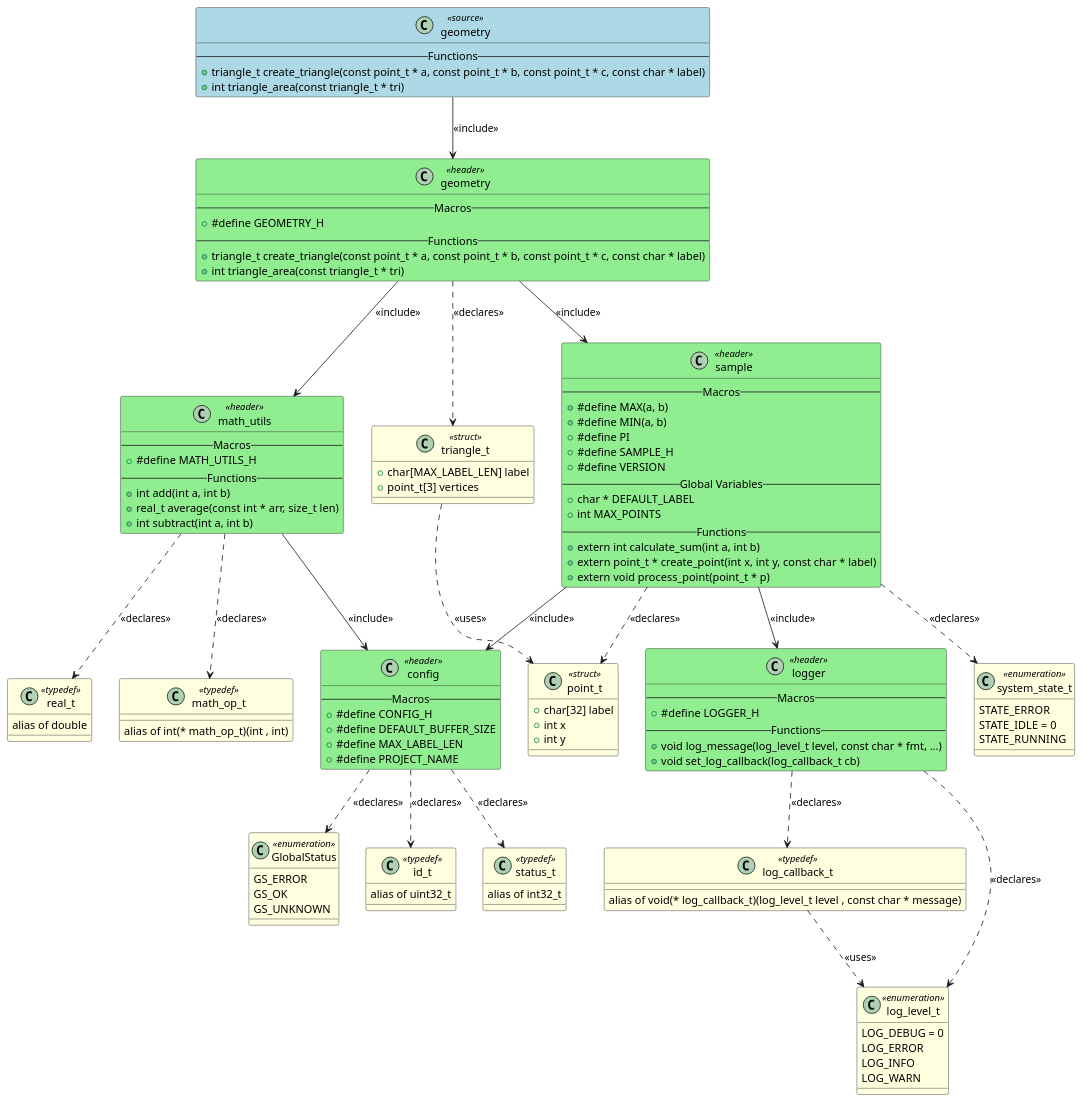
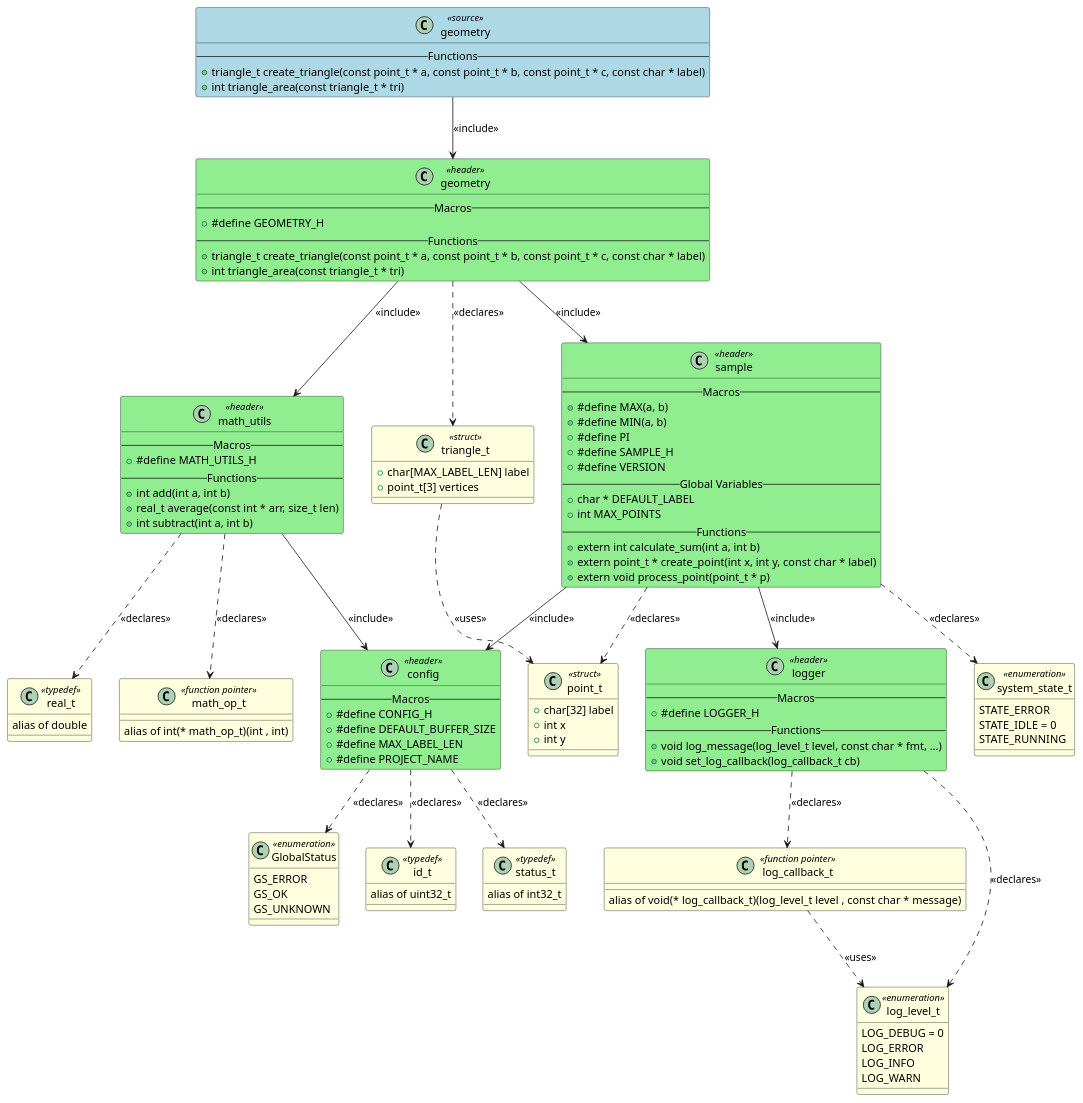
One commit to fischerjooo/c2puml changed the diagram in artifacts/output_example/geometry.puml. Above: the diagram before and after it, drawn with PlantUML. The commit also changed 27 other files, not shown here.

Commit message:
Update function pointer typedefs to use <<function pointer>> stereotype

```diff
--- a/artifacts/output_example/geometry.puml
+++ b/artifacts/output_example/geometry.puml
@@ -1,149 +1,149 @@
 @startuml geometry
 
 class "geometry" as GEOMETRY <<source>> #LightBlue
 {
     -- Functions --
     + triangle_t create_triangle(const point_t * a, const point_t * b, const point_t * c, const char * label)
     + int triangle_area(const triangle_t * tri)
 }
 
 class "config" as HEADER_CONFIG <<header>> #LightGreen
 {
     -- Macros --
     + #define CONFIG_H
     + #define DEFAULT_BUFFER_SIZE
     + #define MAX_LABEL_LEN
     + #define PROJECT_NAME
 }
 
 class "geometry" as HEADER_GEOMETRY <<header>> #LightGreen
 {
     -- Macros --
     + #define GEOMETRY_H
     -- Functions --
     + triangle_t create_triangle(const point_t * a, const point_t * b, const point_t * c, const char * label)
     + int triangle_area(const triangle_t * tri)
 }
 
 class "logger" as HEADER_LOGGER <<header>> #LightGreen
 {
     -- Macros --
     + #define LOGGER_H
     -- Functions --
     + void log_message(log_level_t level, const char * fmt, ...)
     + void set_log_callback(log_callback_t cb)
 }
 
 class "math_utils" as HEADER_MATH_UTILS <<header>> #LightGreen
 {
     -- Macros --
     + #define MATH_UTILS_H
     -- Functions --
     + int add(int a, int b)
     + real_t average(const int * arr, size_t len)
     + int subtract(int a, int b)
 }
 
 class "sample" as HEADER_SAMPLE <<header>> #LightGreen
 {
     -- Macros --
     + #define MAX(a, b)
     + #define MIN(a, b)
     + #define PI
     + #define SAMPLE_H
     + #define VERSION
     -- Global Variables --
     + char * DEFAULT_LABEL
     + int MAX_POINTS
     -- Functions --
     + extern int calculate_sum(int a, int b)
     + extern point_t * create_point(int x, int y, const char * label)
     + extern void process_point(point_t * p)
 }
 
 class "GlobalStatus" as TYPEDEF_GLOBALSTATUS <<enumeration>> #LightYellow
 {
     GS_ERROR
     GS_OK
     GS_UNKNOWN
 }
 
 class "id_t" as TYPEDEF_ID_T <<typedef>> #LightYellow
 {
     alias of uint32_t
 }
 
 class "status_t" as TYPEDEF_STATUS_T <<typedef>> #LightYellow
 {
     alias of int32_t
 }
 
 class "triangle_t" as TYPEDEF_TRIANGLE_T <<struct>> #LightYellow
 {
     + char[MAX_LABEL_LEN] label
     + point_t[3] vertices
 }
 
 class "log_level_t" as TYPEDEF_LOG_LEVEL_T <<enumeration>> #LightYellow
 {
     LOG_DEBUG = 0
     LOG_ERROR
     LOG_INFO
     LOG_WARN
 }
 
-class "log_callback_t" as TYPEDEF_LOG_CALLBACK_T <<typedef>> #LightYellow
+class "log_callback_t" as TYPEDEF_LOG_CALLBACK_T <<function pointer>> #LightYellow
 {
     alias of void(* log_callback_t)(log_level_t level , const char * message)
 }
 
-class "math_op_t" as TYPEDEF_MATH_OP_T <<typedef>> #LightYellow
+class "math_op_t" as TYPEDEF_MATH_OP_T <<function pointer>> #LightYellow
 {
     alias of int(* math_op_t)(int , int)
 }
 
 class "real_t" as TYPEDEF_REAL_T <<typedef>> #LightYellow
 {
     alias of double
 }
 
 class "point_t" as TYPEDEF_POINT_T <<struct>> #LightYellow
 {
     + char[32] label
     + int x
     + int y
 }
 
 class "system_state_t" as TYPEDEF_SYSTEM_STATE_T <<enumeration>> #LightYellow
 {
     STATE_ERROR
     STATE_IDLE = 0
     STATE_RUNNING
 }
 
 
 ' Include relationships
 GEOMETRY --> HEADER_GEOMETRY : <<include>>
 HEADER_GEOMETRY --> HEADER_MATH_UTILS : <<include>>
 HEADER_GEOMETRY --> HEADER_SAMPLE : <<include>>
 HEADER_MATH_UTILS --> HEADER_CONFIG : <<include>>
 HEADER_SAMPLE --> HEADER_CONFIG : <<include>>
 HEADER_SAMPLE --> HEADER_LOGGER : <<include>>
 
 ' Declaration relationships
 HEADER_CONFIG ..> TYPEDEF_GLOBALSTATUS : <<declares>>
 HEADER_CONFIG ..> TYPEDEF_ID_T : <<declares>>
 HEADER_CONFIG ..> TYPEDEF_STATUS_T : <<declares>>
 HEADER_GEOMETRY ..> TYPEDEF_TRIANGLE_T : <<declares>>
 HEADER_LOGGER ..> TYPEDEF_LOG_LEVEL_T : <<declares>>
 HEADER_LOGGER ..> TYPEDEF_LOG_CALLBACK_T : <<declares>>
 HEADER_MATH_UTILS ..> TYPEDEF_MATH_OP_T : <<declares>>
 HEADER_MATH_UTILS ..> TYPEDEF_REAL_T : <<declares>>
 HEADER_SAMPLE ..> TYPEDEF_POINT_T : <<declares>>
 HEADER_SAMPLE ..> TYPEDEF_SYSTEM_STATE_T : <<declares>>
 
 ' Uses relationships
 TYPEDEF_TRIANGLE_T ..> TYPEDEF_POINT_T : <<uses>>
 TYPEDEF_LOG_CALLBACK_T ..> TYPEDEF_LOG_LEVEL_T : <<uses>>
 
 @enduml
```
